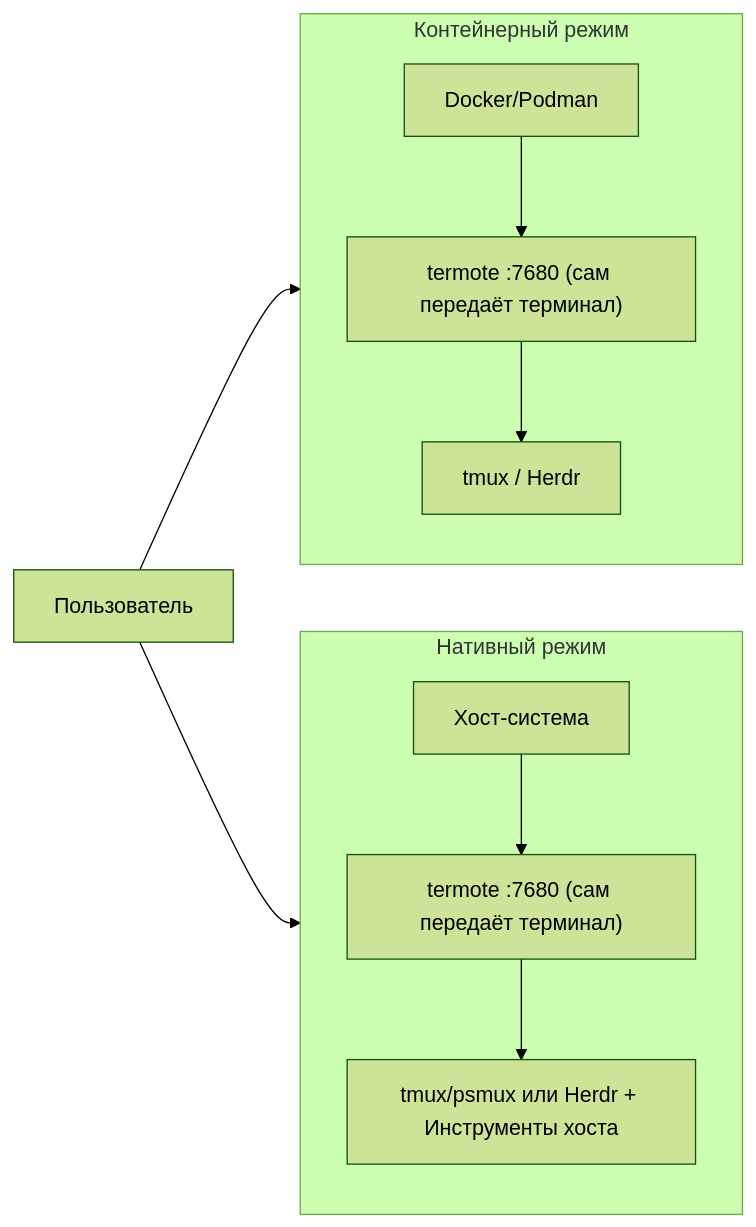
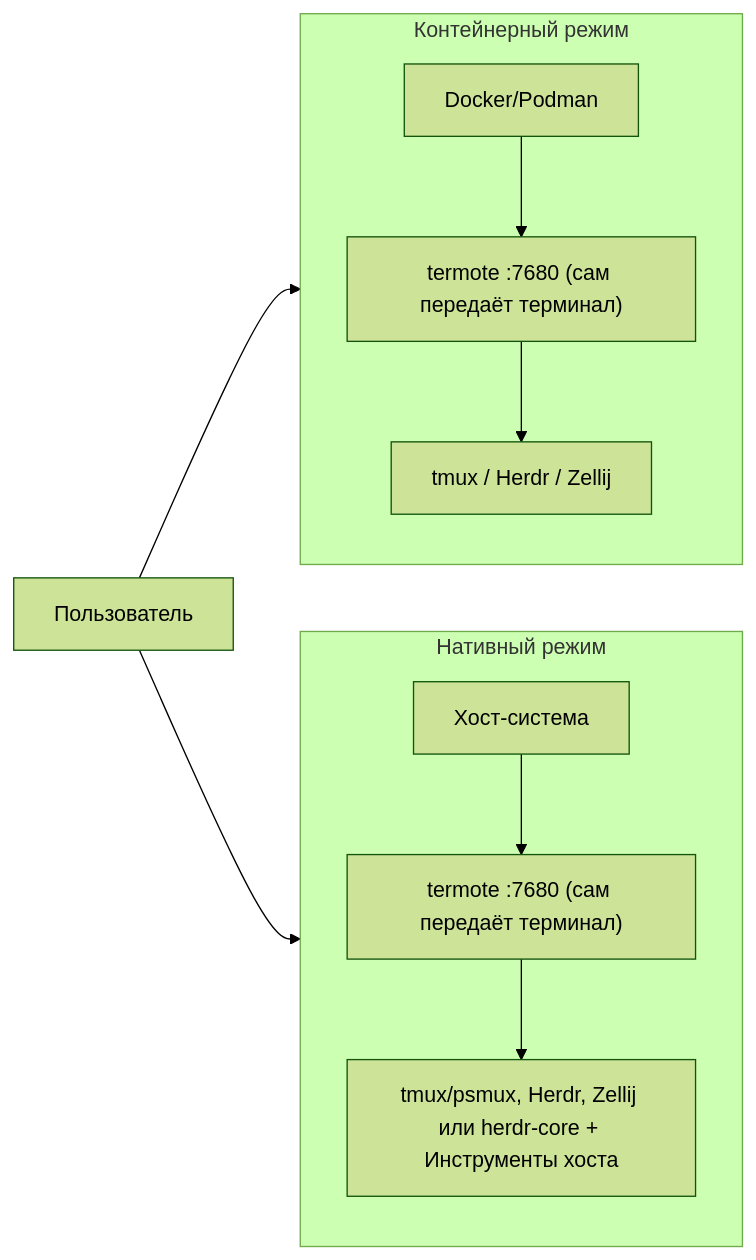
Before and after one commit to lamngockhuong/termote: the second of 2 diagrams in README.ru.md, drawn with Mermaid (forest theme). The commit also changed other lines of this file and 14 other files, not shown here.

````diff
--- a/README.ru.md
+++ b/README.ru.md
@@ -252,14 +258,14 @@
 ```mermaid
 flowchart LR
     subgraph Container["Контейнерный режим"]
         direction TB
-        C1["Docker/Podman"] --> C2["termote :7680 (сам передаёт терминал)"] --> C3["tmux / Herdr"]
+        C1["Docker/Podman"] --> C2["termote :7680 (сам передаёт терминал)"] --> C3["tmux / Herdr / Zellij"]
     end
 
     subgraph Native["Нативный режим"]
         direction TB
-        N1["Хост-система"] --> N2["termote :7680 (сам передаёт терминал)"] --> N3["tmux/psmux или Herdr + Инструменты хоста"]
+        N1["Хост-система"] --> N2["termote :7680 (сам передаёт терминал)"] --> N3["tmux/psmux, Herdr, Zellij или herdr-core + Инструменты хоста"]
     end
 
     User["Пользователь"] --> Container & Native
 ```
````
